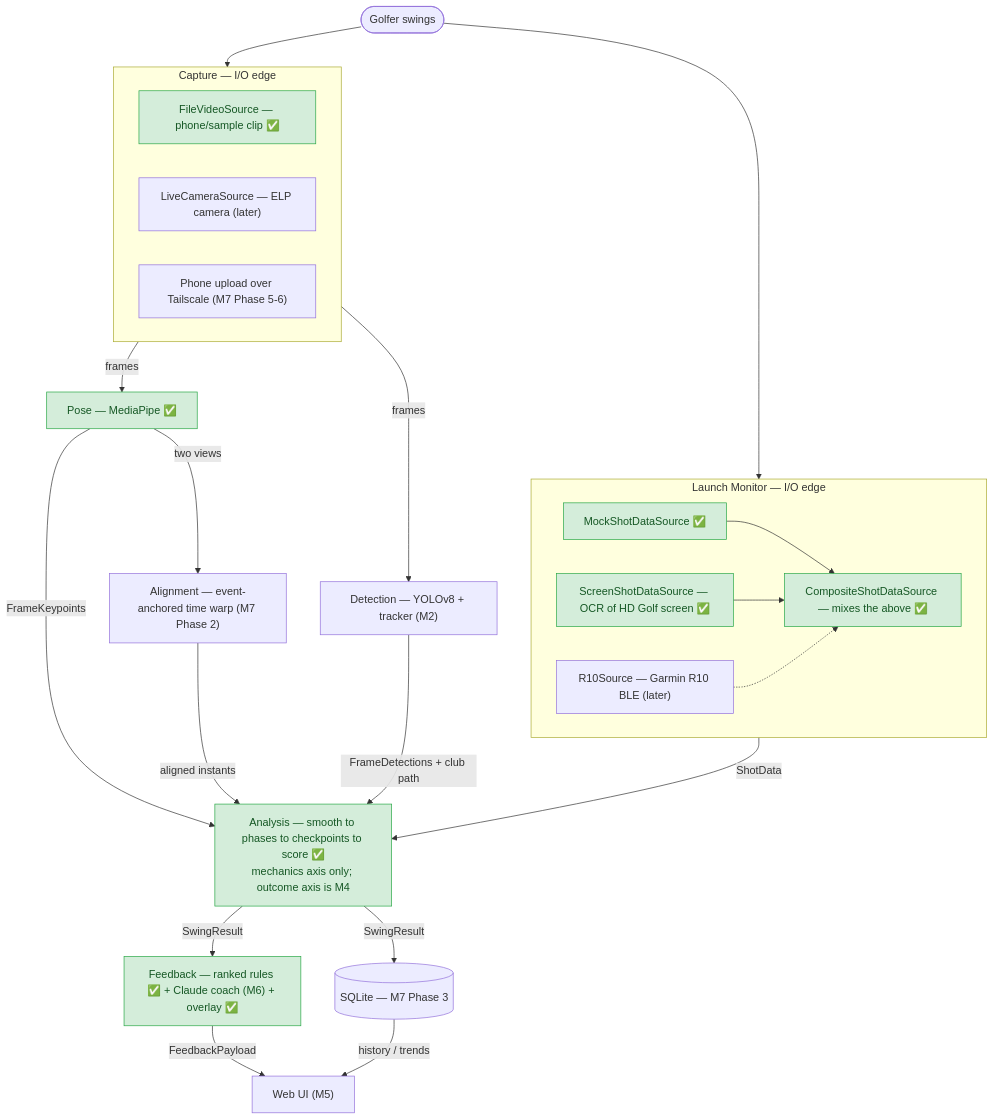
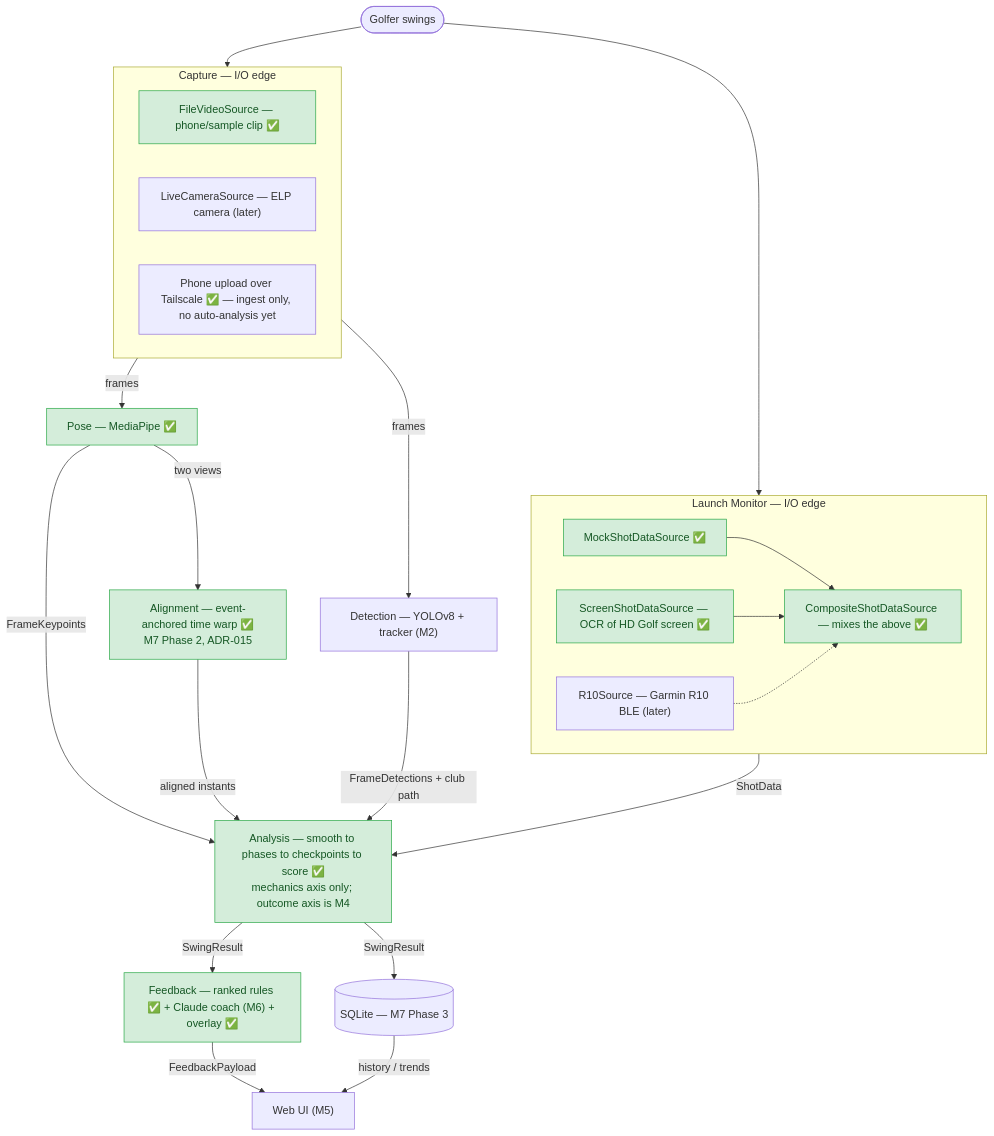
The second of 5 diagrams in docs/FLOW.md (MildTreeRat/golf-coach), drawn with Mermaid before and after one commit. The commit also changed other lines of this file and 45 other files, not shown here.

Commit message:
Trying to align videos + add phone support

````diff
--- a/docs/FLOW.md
+++ b/docs/FLOW.md
@@ -86,45 +86,45 @@
 ```mermaid
 flowchart TD
     User([Golfer swings])
 
     subgraph CAP["Capture — I/O edge"]
         FSRC["FileVideoSource — phone/sample clip ✅"]
         CSRC["LiveCameraSource — ELP camera (later)"]
-        UPL["Phone upload over Tailscale (M7 Phase 5-6)"]
+        UPL["Phone upload over Tailscale ✅ — ingest only, no auto-analysis yet"]
     end
 
     subgraph LM["Launch Monitor — I/O edge"]
         MOCK["MockShotDataSource ✅"]
         SCR["ScreenShotDataSource — OCR of HD Golf screen ✅"]
         R10["R10Source — Garmin R10 BLE (later)"]
         COMP["CompositeShotDataSource — mixes the above ✅"]
         MOCK --> COMP
         SCR --> COMP
         R10 -.-> COMP
     end
 
     POSE["Pose — MediaPipe ✅"]
     DET["Detection — YOLOv8 + tracker (M2)"]
-    ALIGN["Alignment — event-anchored time warp (M7 Phase 2)"]
+    ALIGN["Alignment — event-anchored time warp ✅<br/>M7 Phase 2, ADR-015"]
     ANA["Analysis — smooth to phases to checkpoints to score ✅<br/>mechanics axis only; outcome axis is M4"]
     FB["Feedback — ranked rules ✅ + Claude coach (M6) + overlay ✅"]
     UI["Web UI (M5)"]
     DB[(SQLite — M7 Phase 3)]
 
     User --> CAP
     User --> LM
     CAP -->|frames| POSE
     CAP -->|frames| DET
     POSE -->|FrameKeypoints| ANA
     POSE -->|two views| ALIGN
     ALIGN -->|aligned instants| ANA
     DET -->|FrameDetections + club path| ANA
     LM -->|ShotData| ANA
     ANA -->|SwingResult| FB
     ANA -->|SwingResult| DB
     FB -->|FeedbackPayload| UI
     DB -->|history / trends| UI
 
     classDef built fill:#d4edda,stroke:#28a745,color:#155724;
-    class FSRC,MOCK,SCR,COMP,POSE,ANA,FB built;
+    class FSRC,MOCK,SCR,COMP,POSE,ALIGN,ANA,FB built;
 ```
````
